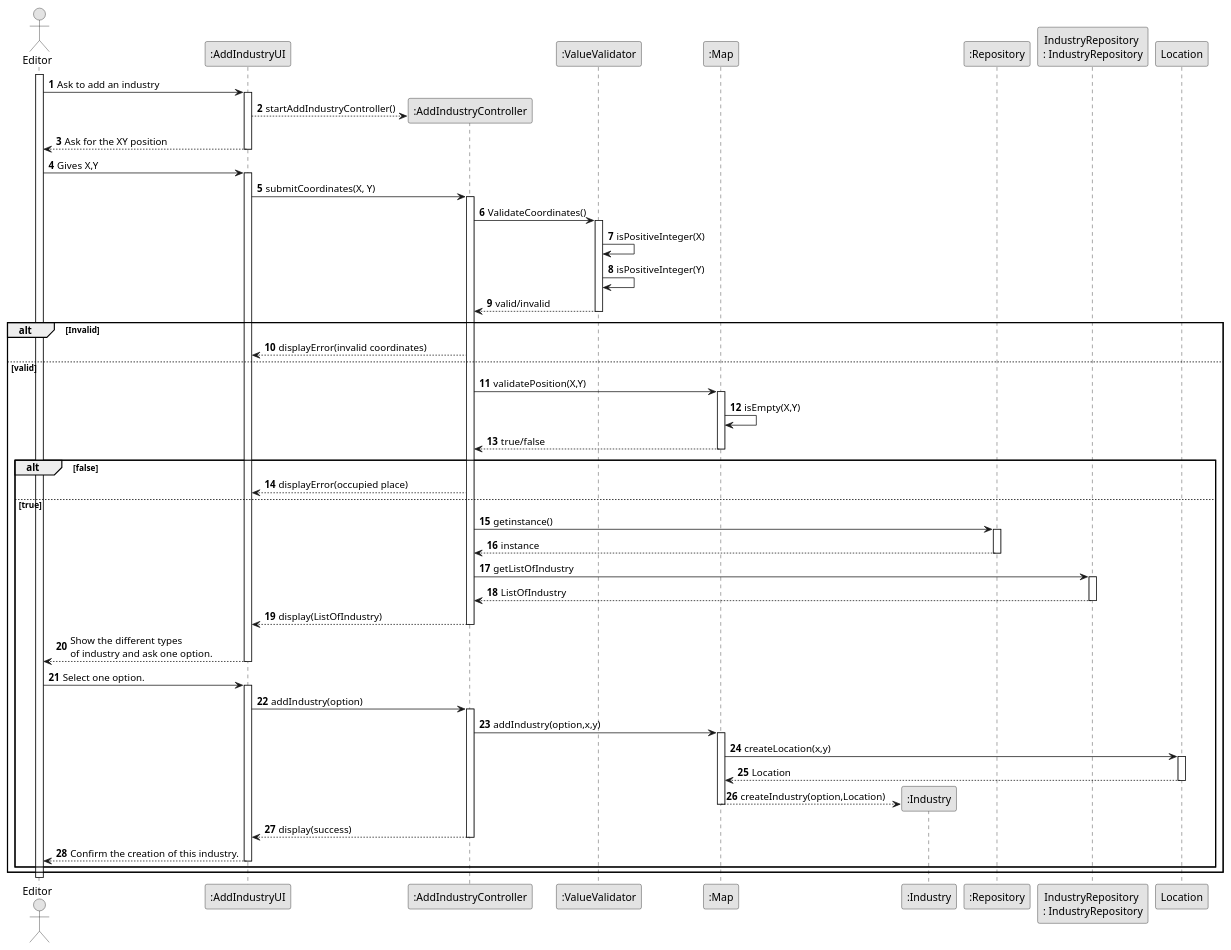
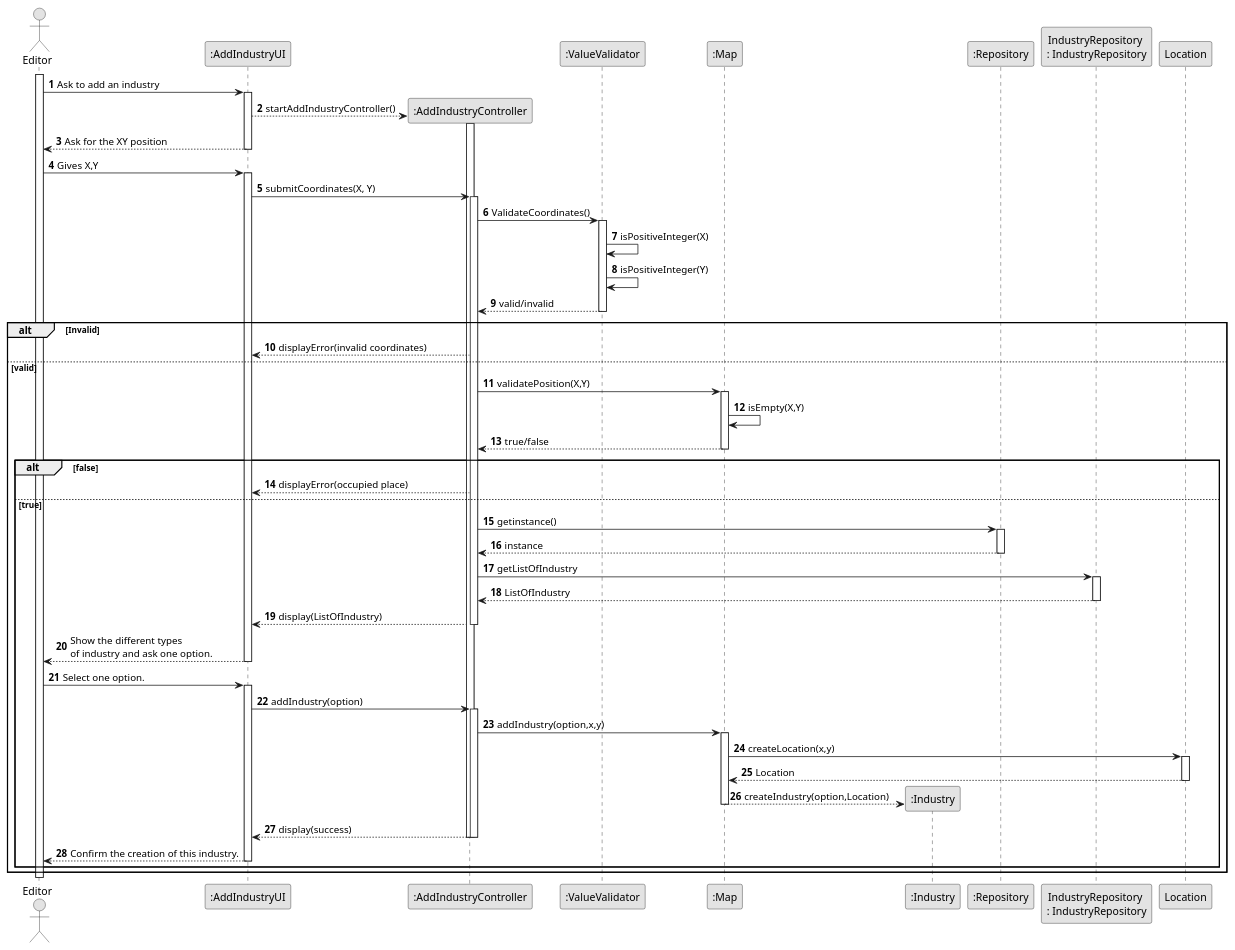
Before and after one commit to 1240826/empire-on-tracks: the diagram in docs/system-documentation/US002/03.design/puml/US002-SD-full.puml, drawn with PlantUML. The commit also changed 11 other files, not shown here.

```diff
--- a/docs/system-documentation/US002/03.design/puml/US002-SD-full.puml
+++ b/docs/system-documentation/US002/03.design/puml/US002-SD-full.puml
@@ -1,85 +1,87 @@
 @startuml
 skinparam monochrome true
 skinparam packageStyle rectangle
 skinparam shadowing false
 
 autonumber
 
 actor "Editor" as Editor
 participant ":AddIndustryUI" as UI
 participant ":AddIndustryController" as Controller
 participant ":ValueValidator" as Validator
 participant ":Map" as Map
 participant ":Industry" as Industry
 participant ":Repository" as Rep
 participant "IndustryRepository \n: IndustryRepository" as Repository
 
 activate Editor
 
 Editor -> UI : Ask to add an industry
 activate UI
 UI --> Controller**: startAddIndustryController()
+activate Controller
 
 
 UI --> Editor : Ask for the XY position
 deactivate UI
 
 Editor -> UI : Gives X,Y
 activate UI
 UI -> Controller : submitCoordinates(X, Y)
 
 activate Controller
 Controller->Validator:ValidateCoordinates()
 activate Validator
 Validator->Validator:isPositiveInteger(X)
 Validator->Validator:isPositiveInteger(Y)
 Validator-->Controller:valid/invalid
 deactivate Validator
 alt Invalid
 Controller-->UI: displayError(invalid coordinates)
 else valid
 Controller->Map:validatePosition(X,Y)
 activate Map
 Map->Map:isEmpty(X,Y)
 Map-->Controller:true/false
 deactivate Map
 alt false
 Controller-->UI: displayError(occupied place)
 else true
 Controller->Rep:getinstance()
 activate Rep
 Rep-->Controller:instance
 deactivate Rep
 Controller->Repository:getListOfIndustry
 activate Repository
 Repository-->Controller:ListOfIndustry
 deactivate Repository
 Controller-->UI: display(ListOfIndustry)
 deactivate Controller
 UI-->Editor:Show the different types \nof industry and ask one option.
 deactivate UI
 Editor->UI:Select one option.
 activate UI
 UI->Controller: addIndustry(option)
 activate Controller
 Controller->Map: addIndustry(option,x,y)
 activate Map
 Map->Location:createLocation(x,y)
 activate Location
 Location-->Map:Location
 deactivate Location
 Map-->Industry**:createIndustry(option,Location)
 deactivate Map
 
 Controller-->UI: display(success)
 deactivate Controller
+deactivate Controller
 UI-->Editor:Confirm the creation of this industry.
 deactivate UI
 
 
 end
 end
 
 
 deactivate Editor
 @enduml
```
